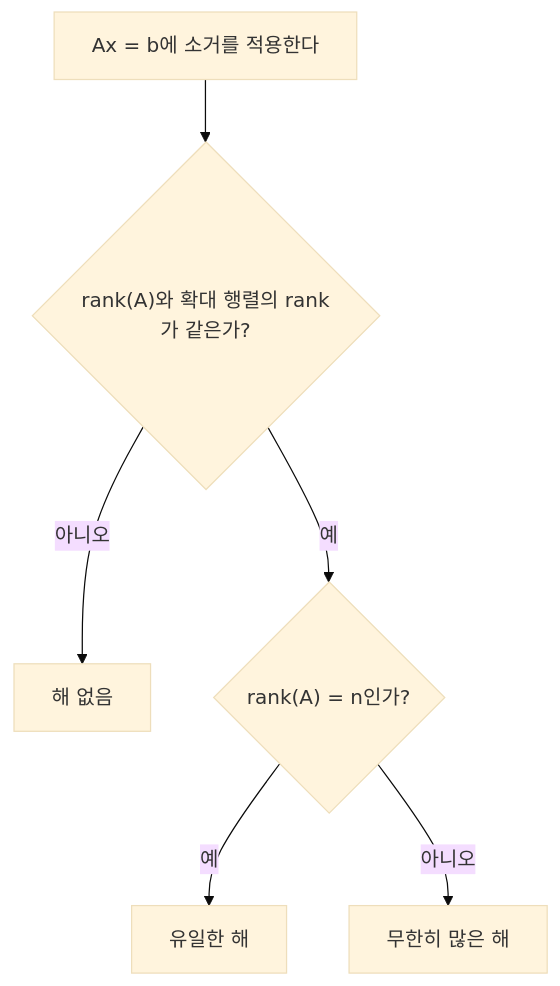
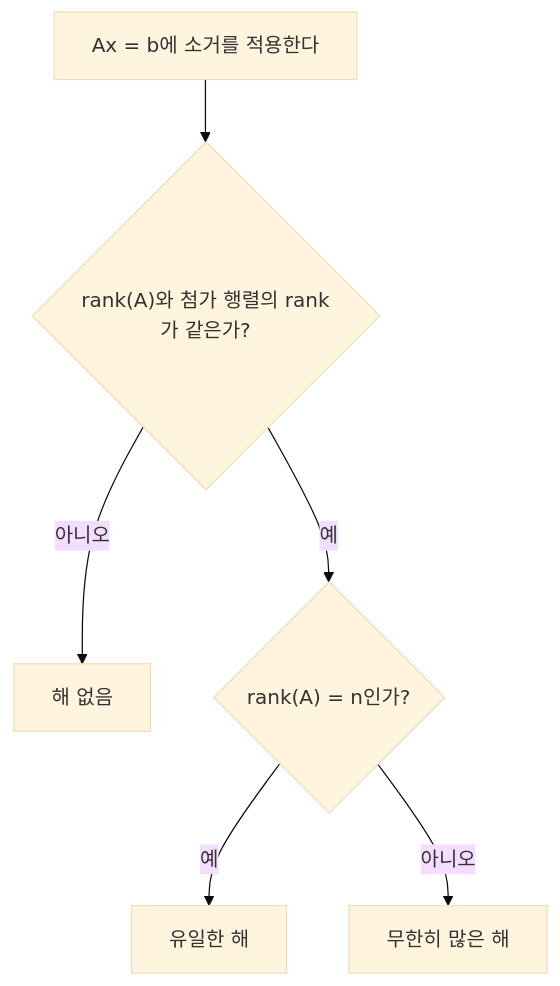
Before and after one commit to Choroning/26Spring_Computer-Linear-Algebra: the diagram in Lecture-Notes/Ch02_Solving-Linear-Equations/Concepts_Lecture.ko.md, drawn with Mermaid (base theme). The commit also changed other lines of this file and 18 other files, not shown here.

````diff
--- a/Lecture-Notes/Ch02_Solving-Linear-Equations/Concepts_Lecture.ko.md
+++ b/Lecture-Notes/Ch02_Solving-Linear-Equations/Concepts_Lecture.ko.md
@@ -198,8 +198,8 @@
 ```mermaid
 flowchart TD
-    S["Ax = b에 소거를 적용한다"] --> Q1{"rank(A)와 확대 행렬의 rank가 같은가?"}
+    S["Ax = b에 소거를 적용한다"] --> Q1{"rank(A)와 첨가 행렬의 rank가 같은가?"}
     Q1 -->|아니오| N["해 없음"]
     Q1 -->|예| Q2{"rank(A) = n인가?"}
     Q2 -->|예| U["유일한 해"]
     Q2 -->|아니오| I["무한히 많은 해"]
 ```
````
